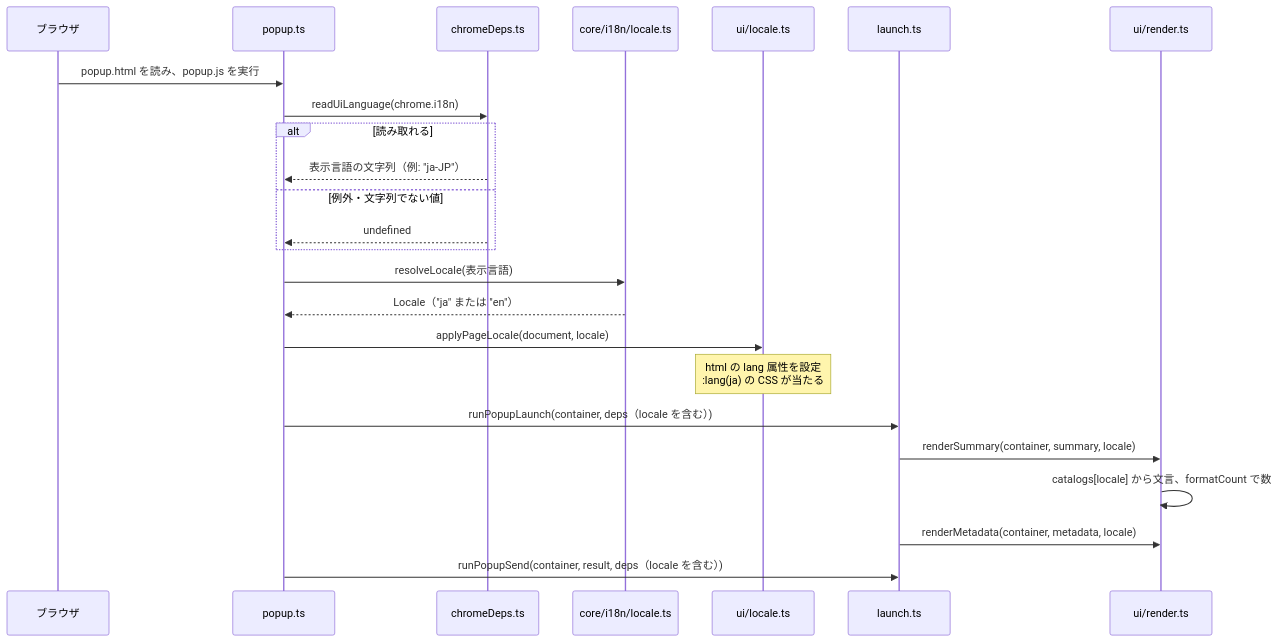
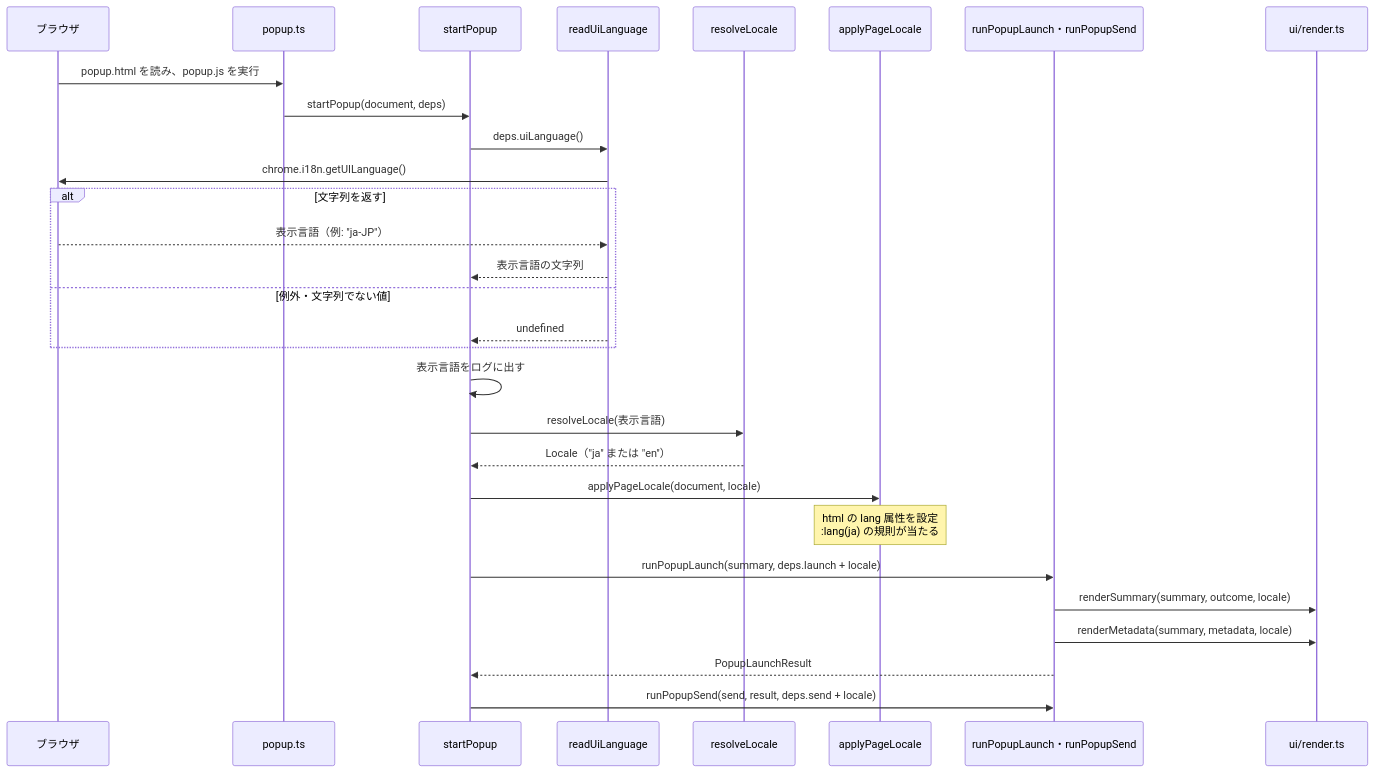
The fourth of 4 diagrams in docs/tasks/0043_extension_i18n/02_architecture.md (isseis/yt2column), drawn with Mermaid before and after one commit. The commit also changed other lines of this file, not shown here.

First line of the commit message:
docs(0043): address architecture review and Japanese prose findings

````diff
--- a/docs/tasks/0043_extension_i18n/02_architecture.md
+++ b/docs/tasks/0043_extension_i18n/02_architecture.md
@@ -641,27 +717,32 @@
 ```mermaid
 sequenceDiagram
     participant B as ブラウザ
     participant P as popup.ts
-    participant D as chromeDeps.ts
-    participant L as core/i18n/locale.ts
-    participant U as ui/locale.ts
-    participant R as launch.ts
+    participant S as startPopup
+    participant D as readUiLanguage
+    participant L as resolveLocale
+    participant G as applyPageLocale
+    participant R as runPopupLaunch・runPopupSend
     participant V as ui/render.ts
 
     B->>P: popup.html を読み、popup.js を実行
-    P->>D: readUiLanguage(chrome.i18n)
-    alt 読み取れる
-        D-->>P: 表示言語の文字列（例: "ja-JP"）
+    P->>S: startPopup(document, deps)
+    S->>D: deps.uiLanguage()
+    D->>B: chrome.i18n.getUILanguage()
+    alt 文字列を返す
+        B-->>D: 表示言語（例: "ja-JP"）
+        D-->>S: 表示言語の文字列
     else 例外・文字列でない値
-        D-->>P: undefined
+        D-->>S: undefined
     end
-    P->>L: resolveLocale(表示言語)
-    L-->>P: Locale（"ja" または "en"）
-    P->>U: applyPageLocale(document, locale)
-    Note over U: html の lang 属性を設定<br>:lang(ja) の CSS が当たる
-    P->>R: runPopupLaunch(container, deps（locale を含む）)
-    R->>V: renderSummary(container, summary, locale)
-    V->>V: catalogs[locale] から文言、formatCount で数
-    R->>V: renderMetadata(container, metadata, locale)
-    P->>R: runPopupSend(container, result, deps（locale を含む）)
+    S->>S: 表示言語をログに出す
+    S->>L: resolveLocale(表示言語)
+    L-->>S: Locale（"ja" または "en"）
+    S->>G: applyPageLocale(document, locale)
+    Note over G: html の lang 属性を設定<br>:lang(ja) の規則が当たる
+    S->>R: runPopupLaunch(summary, deps.launch + locale)
+    R->>V: renderSummary(summary, outcome, locale)
+    R->>V: renderMetadata(summary, metadata, locale)
+    R-->>S: PopupLaunchResult
+    S->>R: runPopupSend(send, result, deps.send + locale)
 ```
````
